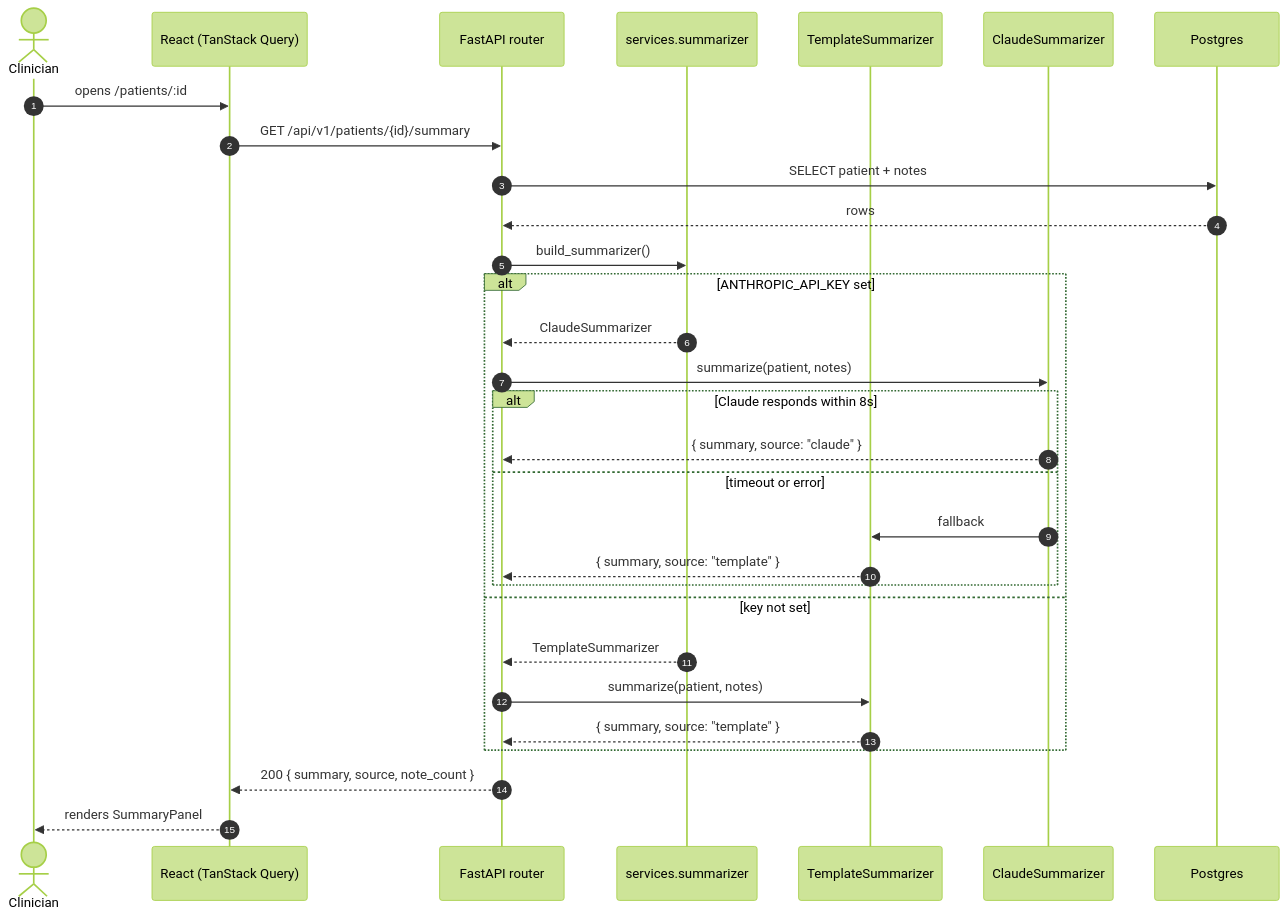
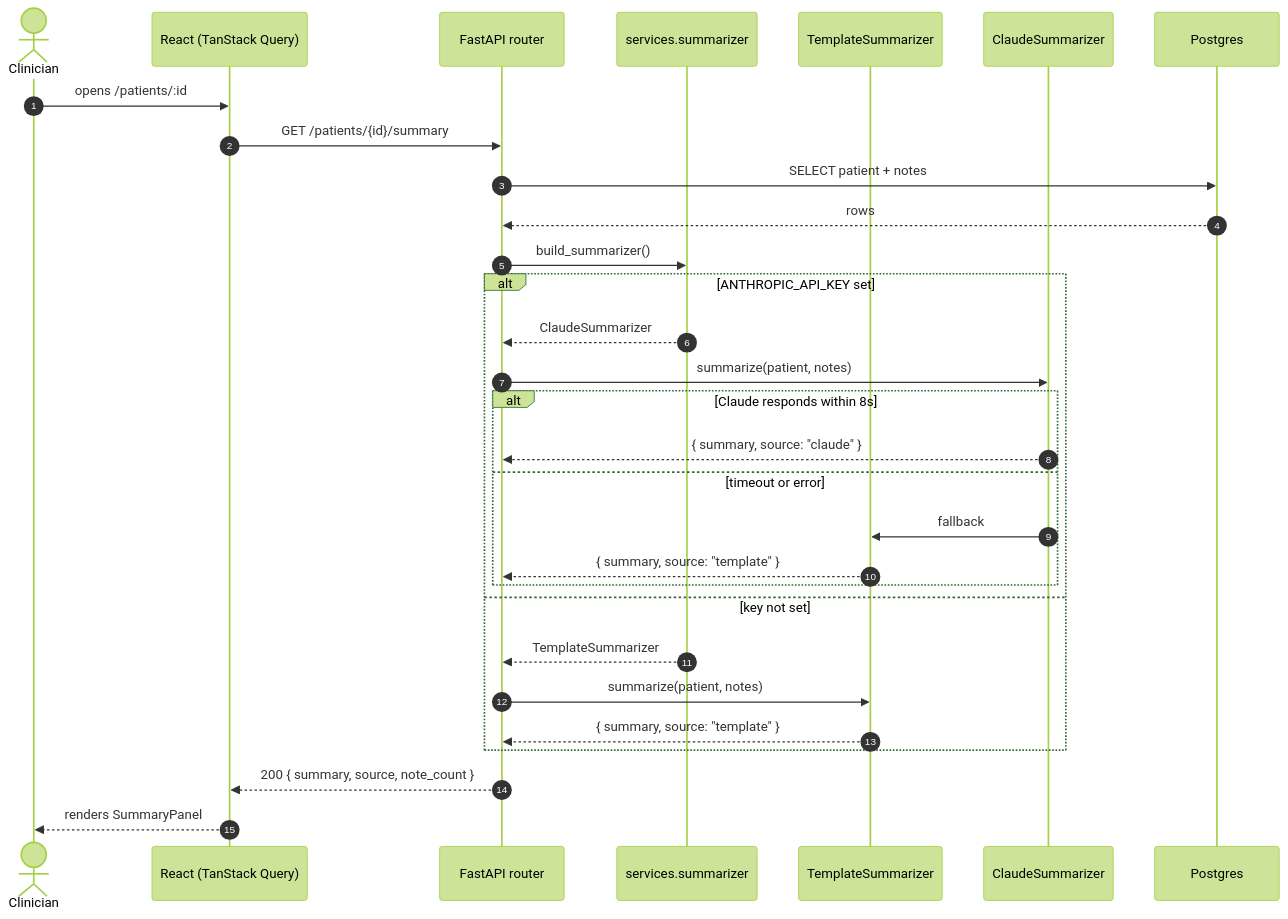
Before and after one commit to Krayher/ascertain-healthcare-dashboard: the second of 2 diagrams in docs/diagrams/architecture.md, drawn with Mermaid (forest theme). The commit also changed other lines of this file and 6 other files, not shown here.

````diff
--- a/docs/diagrams/architecture.md
+++ b/docs/diagrams/architecture.md
@@ -45,33 +48,33 @@
 ```mermaid
 sequenceDiagram
   autonumber
   actor Doctor as Clinician
   participant UI as React (TanStack Query)
   participant API as FastAPI router
   participant Svc as services.summarizer
   participant Tpl as TemplateSummarizer
   participant Claude as ClaudeSummarizer
   participant DB as Postgres
 
   Doctor->>UI: opens /patients/:id
-  UI->>API: GET /api/v1/patients/{id}/summary
+  UI->>API: GET /patients/{id}/summary
   API->>DB: SELECT patient + notes
   DB-->>API: rows
   API->>Svc: build_summarizer()
   alt ANTHROPIC_API_KEY set
     Svc-->>API: ClaudeSummarizer
     API->>Claude: summarize(patient, notes)
     alt Claude responds within 8s
       Claude-->>API: { summary, source: "claude" }
     else timeout or error
       Claude->>Tpl: fallback
       Tpl-->>API: { summary, source: "template" }
     end
   else key not set
     Svc-->>API: TemplateSummarizer
     API->>Tpl: summarize(patient, notes)
     Tpl-->>API: { summary, source: "template" }
   end
   API-->>UI: 200 { summary, source, note_count }
   UI-->>Doctor: renders SummaryPanel
 ```
````
